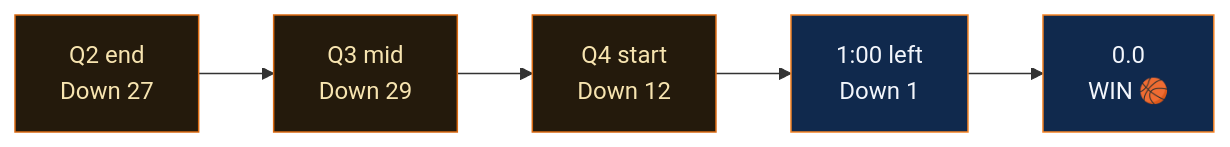
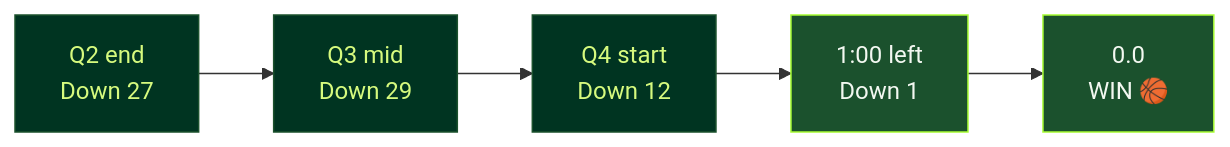
One commit to winderba/Ki5 changed the diagram in game4.mdx. Above: the diagram before and after it, drawn with Mermaid. The commit also changed 8 other files, not shown here.

````diff
--- a/game4.mdx
+++ b/game4.mdx
@@ -39,7 +39,7 @@
 ```mermaid
 graph LR
   A["Q2 end<br/>Down 27"] --> B["Q3 mid<br/>Down 29"] --> C["Q4 start<br/>Down 12"] --> D["1:00 left<br/>Down 1"] --> E["0.0<br/>WIN 🏀"]
-  classDef bad fill:#241a0c,stroke:#DA6A12,color:#F7E4B0;
-  classDef good fill:#10294D,stroke:#F58426,color:#F3F6FC;
+  classDef bad fill:#003421,stroke:#1B512D,color:#D6FA7E;
+  classDef good fill:#1B512D,stroke:#A6FB33,color:#F3F8F1;
   class A,B,C bad; class D,E good;
 ```
````
